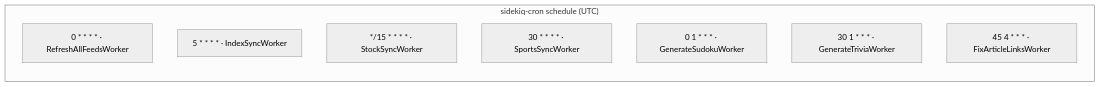
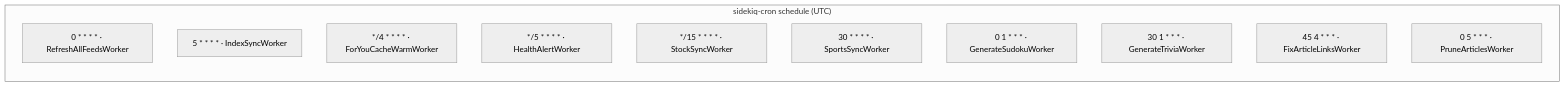
The fifth of 8 diagrams in docs/ARCHITECTURE.md (outten/tech-feed-reader), drawn with Mermaid (neutral theme) before and after one commit. The commit also changed other lines of this file and 4 other files, not shown here.

````diff
--- a/docs/ARCHITECTURE.md
+++ b/docs/ARCHITECTURE.md
@@ -207,12 +207,15 @@
 ```mermaid
 flowchart LR
     subgraph cron["sidekiq-cron schedule (UTC)"]
         a["0 * * * * · RefreshAllFeedsWorker"]
         b["5 * * * * · IndexSyncWorker"]
+        h["*/4 * * * * · ForYouCacheWarmWorker"]
+        i["*/5 * * * * · HealthAlertWorker"]
         c["*/15 * * * * · StockSyncWorker"]
         d["30 * * * * · SportsSyncWorker"]
         e["0 1 * * * · GenerateSudokuWorker"]
         f["30 1 * * * · GenerateTriviaWorker"]
         g["45 4 * * * · FixArticleLinksWorker"]
+        j["0 5 * * * · PruneArticlesWorker"]
     end
 ```
````
